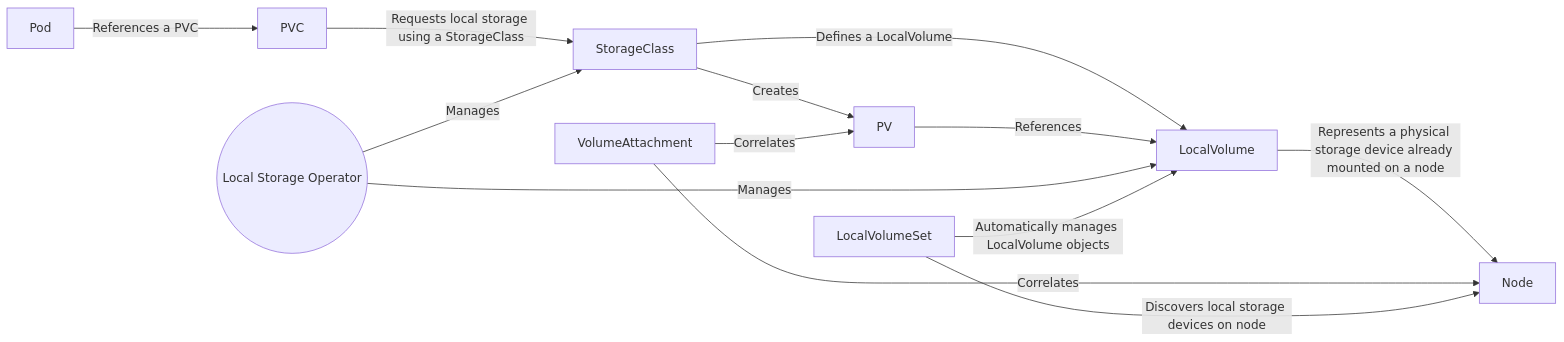
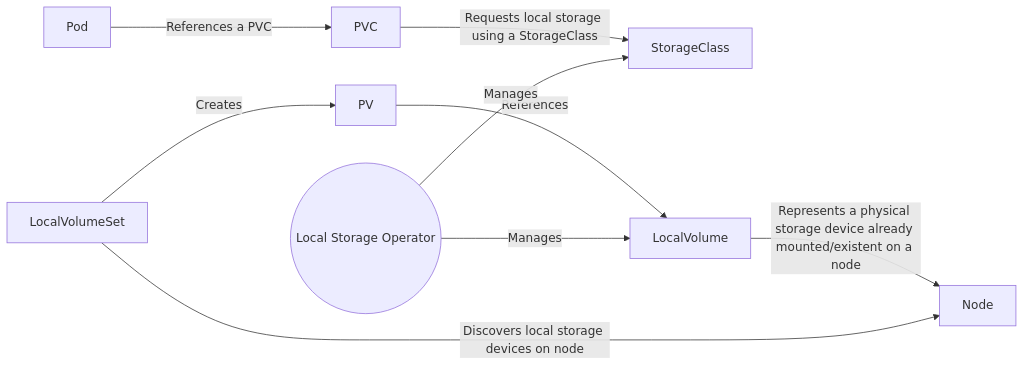
Before and after one commit to openshift/local-storage-operator: the first of 2 diagrams in README.md, drawn with Mermaid. The commit also changed other lines of this file, not shown here.

````diff
--- a/README.md
+++ b/README.md
@@ -4,15 +4,11 @@
 ```mermaid
 graph LR
     PVC -->|Requests local storage using a StorageClass| StorageClass
-    StorageClass -->|Defines a LocalVolume| LocalVolume
-    LocalVolume -->|Represents a physical storage device already mounted on a node| Node
+    LocalVolume -->|Represents a physical storage device already mounted/existent on a node| Node
     Pod -->|References a PVC| PVC
     PV -->|References| LocalVolume
-    StorageClass -->|Creates| PV
-    VolumeAttachment -->|Correlates| Node
-    VolumeAttachment -->|Correlates| PV
     LSO((Local Storage Operator)) -->|Manages| LocalVolume
     LSO((Local Storage Operator)) -->|Manages| StorageClass
     LocalVolumeSet -->|Discovers local storage devices on node| Node
-    LocalVolumeSet -->|Automatically manages LocalVolume objects|LocalVolume
+    LocalVolumeSet -->|Creates| PV
 ```
````
